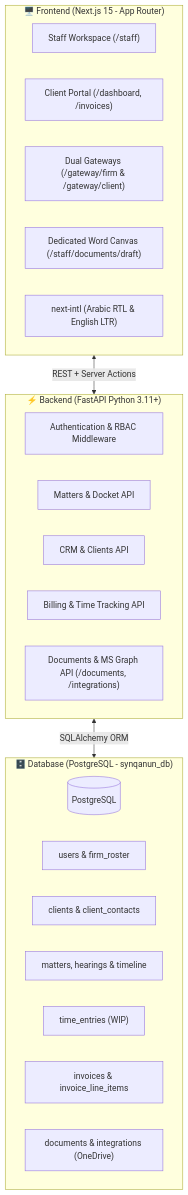
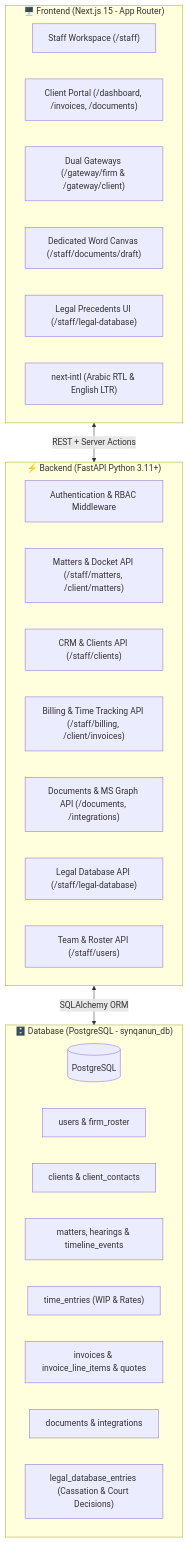
Before and after one commit to EzzAhmed9/synqanun: the diagram in README.md, drawn with Mermaid. The commit also changed other lines of this file, not shown here.

Commit message:
docs: comprehensive update to README covering architecture, RBAC, N+1 optimization, test suites, and production roadmap

````diff
--- a/README.md
+++ b/README.md
@@ -12,31 +12,35 @@
 ```mermaid
 flowchart TD
     subgraph ClientLayer["🖥️ Frontend (Next.js 15 - App Router)"]
         StaffApp["Staff Workspace (/staff)"]
-        ClientPortal["Client Portal (/dashboard, /invoices)"]
+        ClientPortal["Client Portal (/dashboard, /invoices, /documents)"]
         AuthGateways["Dual Gateways (/gateway/firm & /gateway/client)"]
         DocCanvas["Dedicated Word Canvas (/staff/documents/draft)"]
+        LegalDBUI["Legal Precedents UI (/staff/legal-database)"]
         I18n["next-intl (Arabic RTL & English LTR)"]
     end
 
     subgraph APILayer["⚡ Backend (FastAPI Python 3.11+)"]
         AuthAPI["Authentication & RBAC Middleware"]
-        MattersAPI["Matters & Docket API"]
-        ClientsAPI["CRM & Clients API"]
-        BillingAPI["Billing & Time Tracking API"]
+        MattersAPI["Matters & Docket API (/staff/matters, /client/matters)"]
+        ClientsAPI["CRM & Clients API (/staff/clients)"]
+        BillingAPI["Billing & Time Tracking API (/staff/billing, /client/invoices)"]
         DocsAPI["Documents & MS Graph API (/documents, /integrations)"]
+        LegalDBAPI["Legal Database API (/staff/legal-database)"]
+        UsersAPI["Team & Roster API (/staff/users)"]
     end
 
     subgraph DataLayer["🗄️ Database (PostgreSQL - synqanun_db)"]
         DB[(PostgreSQL)]
         T1["users & firm_roster"]
         T2["clients & client_contacts"]
-        T3["matters, hearings & timeline"]
-        T4["time_entries (WIP)"]
-        T5["invoices & invoice_line_items"]
-        T6["documents & integrations (OneDrive)"]
+        T3["matters, hearings & timeline_events"]
+        T4["time_entries (WIP & Rates)"]
+        T5["invoices & invoice_line_items & quotes"]
+        T6["documents & integrations"]
+        T7["legal_database_entries (Cassation & Court Decisions)"]
     end
 
     ClientLayer <-->|REST + Server Actions| APILayer
     APILayer <-->|SQLAlchemy ORM| DataLayer
 ```
````
